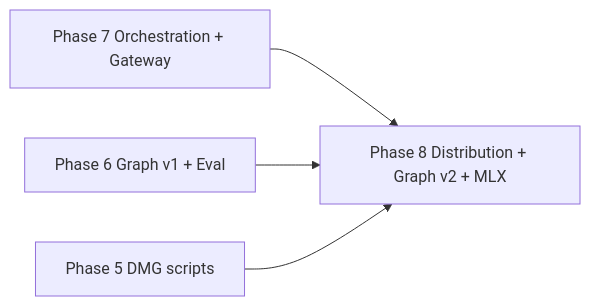
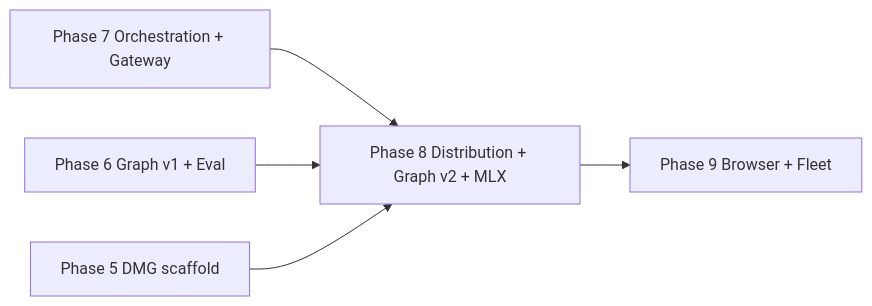
One commit to knarayanareddy/forge changed the diagram in docs/ROADMAP_PHASE_8.md. Above: the diagram before and after it, drawn with Mermaid. The commit also changed other lines of this file, not shown here.

First line of the commit message:
docs: Phase 8 roadmap — distribution, graph v2, direct MLX

````diff
--- a/docs/ROADMAP_PHASE_8.md
+++ b/docs/ROADMAP_PHASE_8.md
@@ -353,6 +370,7 @@
 ```mermaid
 flowchart LR
     P7[Phase 7 Orchestration + Gateway] --> P8[Phase 8 Distribution + Graph v2 + MLX]
     P6[Phase 6 Graph v1 + Eval] --> P8
-    P5[Phase 5 DMG scripts] --> P8
+    P5[Phase 5 DMG scaffold] --> P8
+    P8 --> P9[Phase 9 Browser + Fleet]
 ```
````
